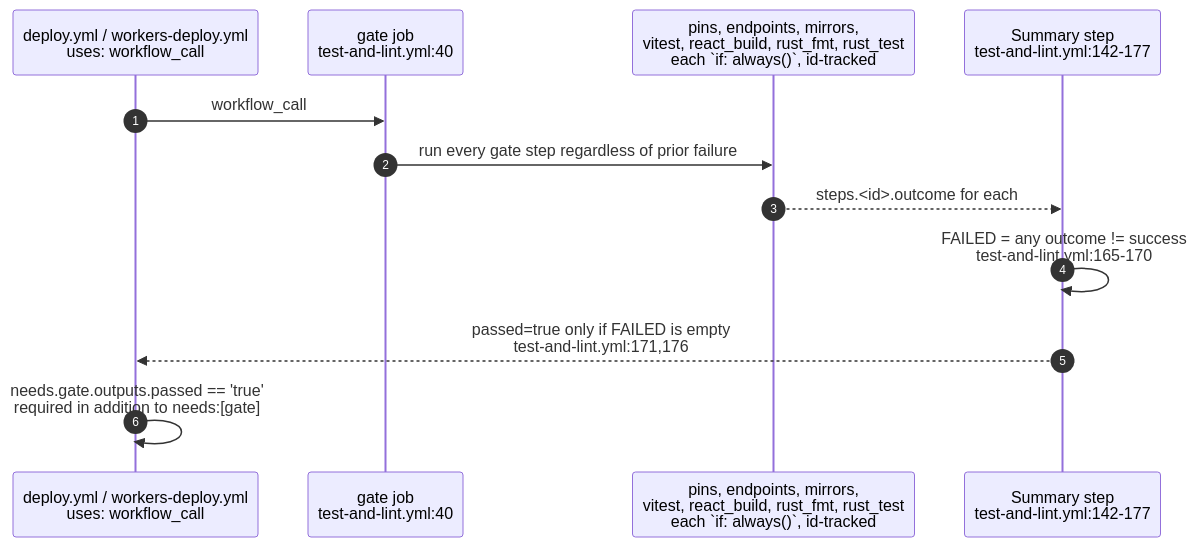
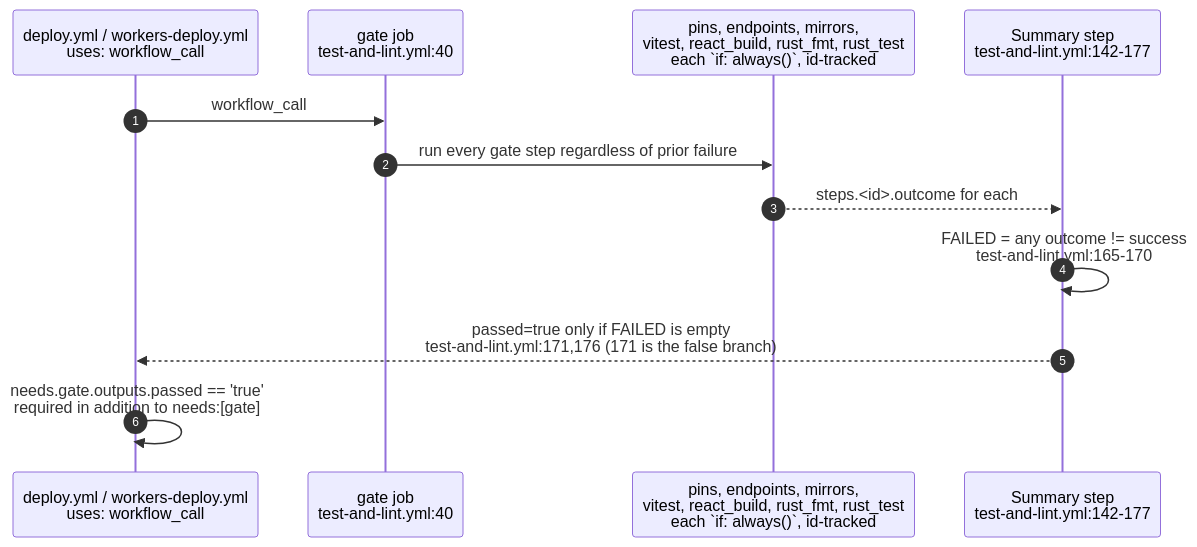
One commit to DreamLab-AI/VisionFlow changed the third of 5 diagrams in docs/diagrams/dreamlab-ai-website/05-ci-gates-rust-ci-kit-pin-playwright.md. Above: the diagram before and after it, drawn with Mermaid. The commit also changed other lines of this file and 145 other files, not shown here.

````diff
--- a/docs/diagrams/dreamlab-ai-website/05-ci-gates-rust-ci-kit-pin-playwright.md
+++ b/docs/diagrams/dreamlab-ai-website/05-ci-gates-rust-ci-kit-pin-playwright.md
@@ -65,14 +65,14 @@
 ```mermaid
 sequenceDiagram
     autonumber
     participant CALLER as deploy.yml / workers-deploy.yml<br/>uses: workflow_call
     participant GATE as gate job<br/>test-and-lint.yml:40
     participant STEPS as pins, endpoints, mirrors,<br/>vitest, react_build, rust_fmt, rust_test<br/>each `if: always()`, id-tracked
     participant SUM as Summary step<br/>test-and-lint.yml:142-177
     CALLER->>GATE: workflow_call
     GATE->>STEPS: run every gate step regardless of prior failure
     STEPS-->>SUM: steps.<id>.outcome for each
     SUM->>SUM: FAILED = any outcome != success<br/>test-and-lint.yml:165-170
-    SUM-->>CALLER: passed=true only if FAILED is empty<br/>test-and-lint.yml:171,176
+    SUM-->>CALLER: passed=true only if FAILED is empty<br/>test-and-lint.yml:171,176 (171 is the false branch)
     CALLER->>CALLER: needs.gate.outputs.passed == 'true'<br/>required in addition to needs:[gate]
 ```
````
